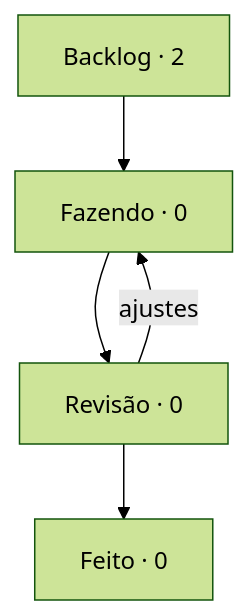
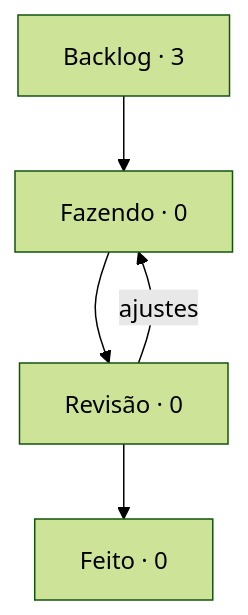
One commit to StudioVibi/VibiKanban changed the diagram in boards/dungeon-bend/BOARD.md. Above: the diagram before and after it, drawn with Mermaid (forest theme). The commit also changed other lines of this file and 2 other files, not shown here.

````diff
--- a/boards/dungeon-bend/BOARD.md
+++ b/boards/dungeon-bend/BOARD.md
@@ -5,10 +5,10 @@
 ```mermaid
 flowchart TD
-  backlog["Backlog · 2"] --> doing["Fazendo · 0"]
+  backlog["Backlog · 3"] --> doing["Fazendo · 0"]
   doing --> review["Revisão · 0"]
   review --> done["Feito · 0"]
   review -->|ajustes| doing
   doing:::blue
   review:::yellow
   done:::green
 ```
````
